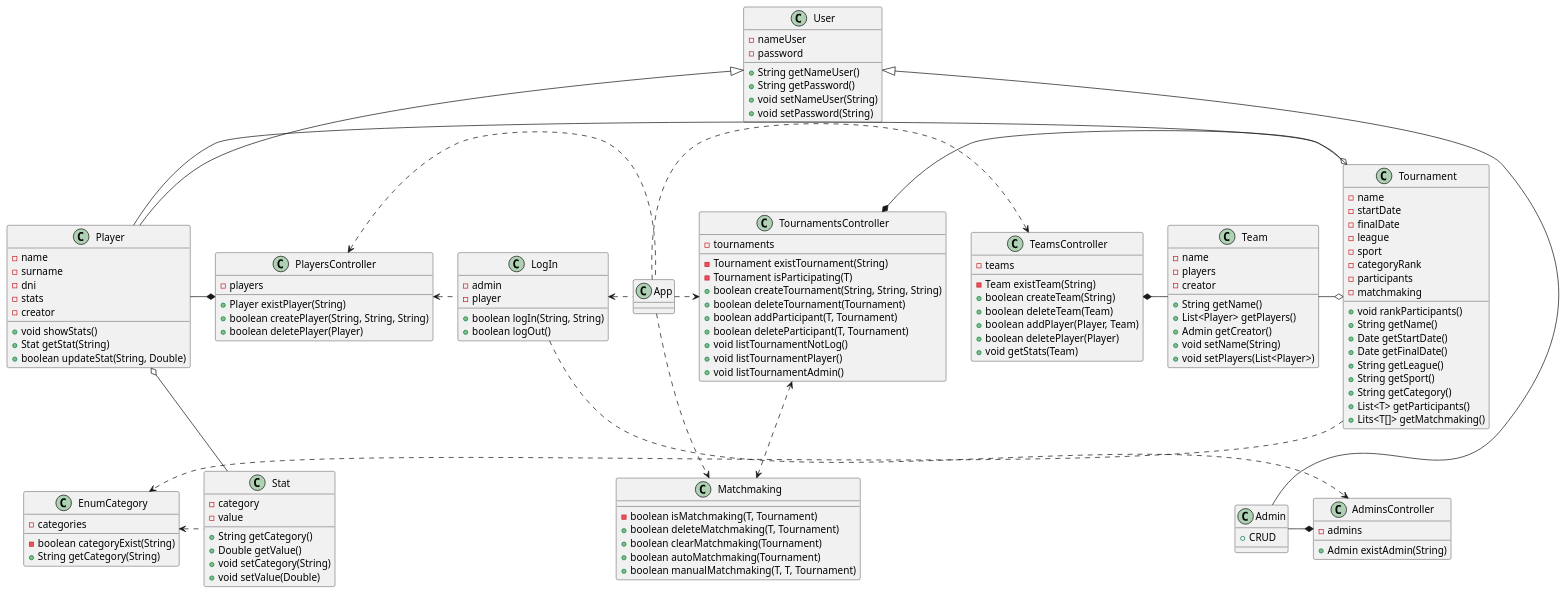
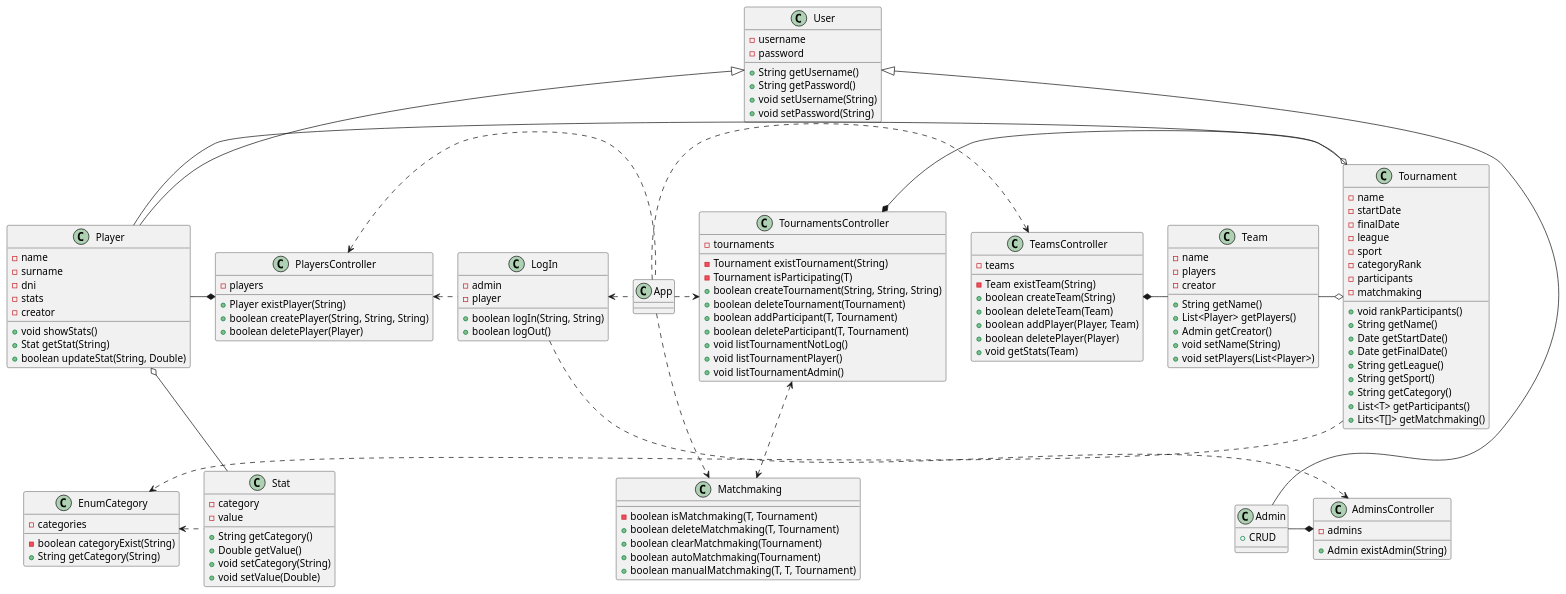
Before and after one commit to AlbertoArpa/POO2: the diagram in documents/uml.puml, drawn with PlantUML. The commit also changed 10 other files, not shown here.

```diff
--- a/documents/uml.puml
+++ b/documents/uml.puml
@@ -1,143 +1,143 @@
 @startuml
 
 Player -* PlayersController
 TournamentsController *- Tournament
 TeamsController *- Team
 TournamentsController <.> Matchmaking
 Stat --o Player
 Player -o Tournament
 Team -o Tournament
 EnumCategory <. Stat
 PlayersController <. LogIn
 LogIn ..> AdminsController
 Tournament .> EnumCategory
 Admin -* AdminsController
 LogIn <. App
 PlayersController <. App
 App .> TournamentsController
 App ..> Matchmaking
 App .> TeamsController
 
 class App{}
 
 class User{
-    -nameUser
+    -username
     -password
-    +String getNameUser()
+    +String getUsername()
     +String getPassword()
-    +void setNameUser(String)
+    +void setUsername(String)
     +void setPassword(String)
 }
 
 class Player extends User{
     -name
     -surname
     -dni
     -stats
     -creator
     +void showStats()
     +Stat getStat(String)
     +boolean updateStat(String, Double)
 }
 
 class Admin extends User{
     +CRUD
 }
 
 class EnumCategory{
     -categories
     -boolean categoryExist(String)
     +String getCategory(String)
 }
 
 class Stat{
     -category
     -value
     +String getCategory()
     +Double getValue()
     +void setCategory(String)
     +void setValue(Double)
 }
 
 class Team{
     -name
     -players
     -creator
     +String getName()
     +List<Player> getPlayers()
     +Admin getCreator()
     +void setName(String)
     +void setPlayers(List<Player>)
 }
 
 class Matchmaking{
     -boolean isMatchmaking(T, Tournament)
     +boolean deleteMatchmaking(T, Tournament)
     +boolean clearMatchmaking(Tournament)
     +boolean autoMatchmaking(Tournament)
     +boolean manualMatchmaking(T, T, Tournament)
 }
 
 class Tournament{
     -name
     -startDate
     -finalDate
     -league
     -sport
     -categoryRank
     -participants
     -matchmaking
     +void rankParticipants()
     +String getName()
     +Date getStartDate()
     +Date getFinalDate()
     +String getLeague()
     +String getSport()
     +String getCategory()
     +List<T> getParticipants()
     +Lits<T[]> getMatchmaking()
 }
 
 class AdminsController{
     -admins
     +Admin existAdmin(String)
 }
 
 class PlayersController{
     -players
     +Player existPlayer(String)
     +boolean createPlayer(String, String, String)
     +boolean deletePlayer(Player)
 }
 
 class LogIn{
     -admin
     -player
     +boolean logIn(String, String)
     +boolean logOut()
 }
 
 class TournamentsController{
     -tournaments
     -Tournament existTournament(String)
     -Tournament isParticipating(T)
     +boolean createTournament(String, String, String)
     +boolean deleteTournament(Tournament)
     +boolean addParticipant(T, Tournament)
     +boolean deleteParticipant(T, Tournament)
     +void listTournamentNotLog()
     +void listTournamentPlayer()
     +void listTournamentAdmin()
 }
 
 class TeamsController{
     -teams
     -Team existTeam(String)
     +boolean createTeam(String)
     +boolean deleteTeam(Team)
     +boolean addPlayer(Player, Team)
     +boolean deletePlayer(Player)
     +void getStats(Team)
 }
 
 @enduml
```
